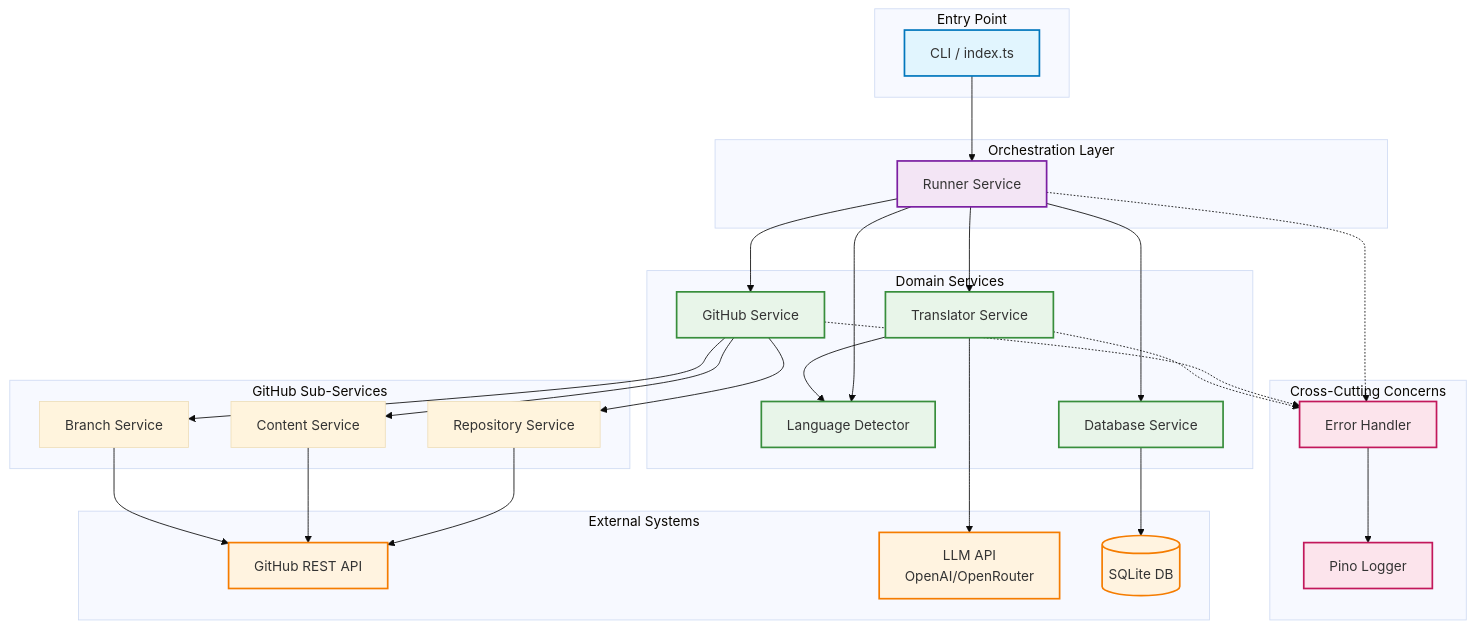
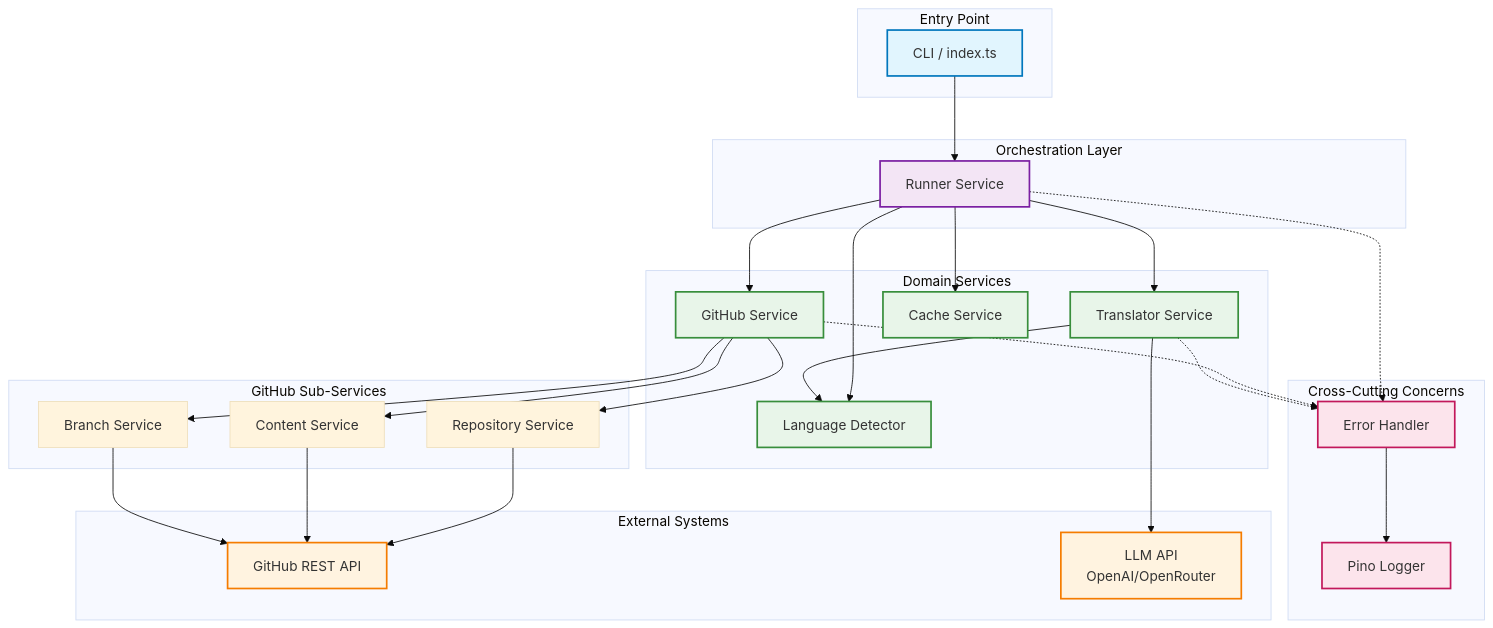
One commit to NivaldoFarias/translate-react changed the first of 9 diagrams in docs/ARCHITECTURE.md. Above: the diagram before and after it, drawn with Mermaid (base theme). The commit also changed other lines of this file and 58 other files, not shown here.

````diff
--- a/docs/ARCHITECTURE.md
+++ b/docs/ARCHITECTURE.md
@@ -39,71 +38,68 @@
 ```mermaid
 graph TB
     subgraph "Entry Point"
         CLI[CLI / index.ts]
     end
     
     subgraph "Orchestration Layer"
         Runner[Runner Service]
     end
     
     subgraph "Domain Services"
         GitHub[GitHub Service]
         Translator[Translator Service]
         LangDetector[Language Detector]
-        DB[Database Service]
+        Cache[Cache Service]
     end
     
     subgraph "GitHub Sub-Services"
         RepoSvc[Repository Service]
         ContentSvc[Content Service]
         BranchSvc[Branch Service]
     end
     
     subgraph "Cross-Cutting Concerns"
         ErrorHandler[Error Handler]
         Logger[Pino Logger]
     end
     
     subgraph "External Systems"
         GitHubAPI[GitHub REST API]
         LLMAPI[LLM API<br/>OpenAI/OpenRouter]
-        SQLite[(SQLite DB)]
     end
     
     CLI --> Runner
     Runner --> GitHub
     Runner --> Translator
     Runner --> LangDetector
-    Runner --> DB
+    Runner --> Cache
     
     GitHub --> RepoSvc
     GitHub --> ContentSvc
     GitHub --> BranchSvc
     
     RepoSvc --> GitHubAPI
     ContentSvc --> GitHubAPI
     BranchSvc --> GitHubAPI
     
     Translator --> LLMAPI
     Translator --> LangDetector
-    
-    DB --> SQLite
     
     Runner -.-> ErrorHandler
     GitHub -.-> ErrorHandler
     Translator -.-> ErrorHandler
     
     ErrorHandler --> Logger
     
     classDef entryPoint fill:#e1f5fe,stroke:#0277bd,stroke-width:2px
     classDef orchestration fill:#f3e5f5,stroke:#7b1fa2,stroke-width:2px
     classDef domain fill:#e8f5e9,stroke:#388e3c,stroke-width:2px
     classDef external fill:#fff3e0,stroke:#f57c00,stroke-width:2px
     classDef crossCutting fill:#fce4ec,stroke:#c2185b,stroke-width:2px
     
     class CLI entryPoint
     class Runner orchestration
-    class GitHub,Translator,LangDetector,DB domain
-    class GitHubAPI,LLMAPI,SQLite external
+    class GitHub,Translator,LangDetector,Cache domain
+    class GitHubAPI,LLMAPI external
     class ErrorHandler,Logger crossCutting
 ```
````
